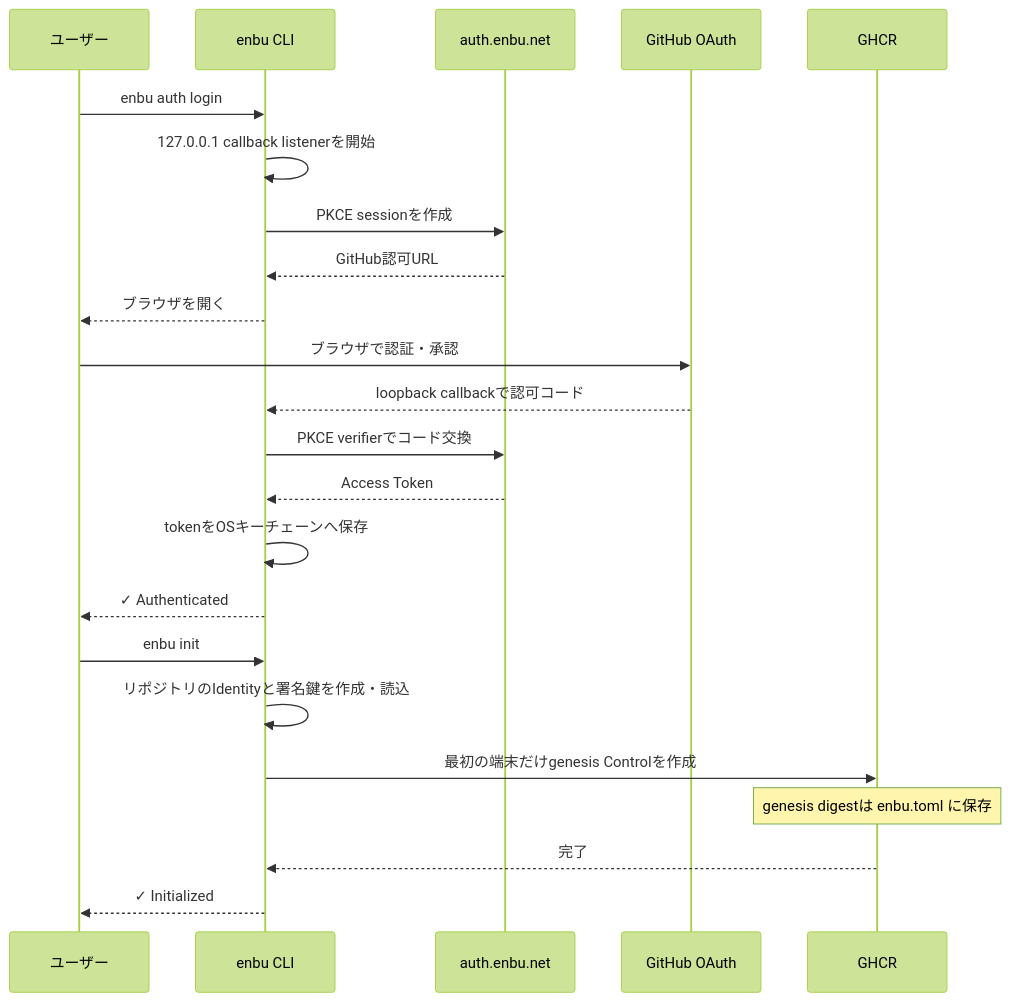
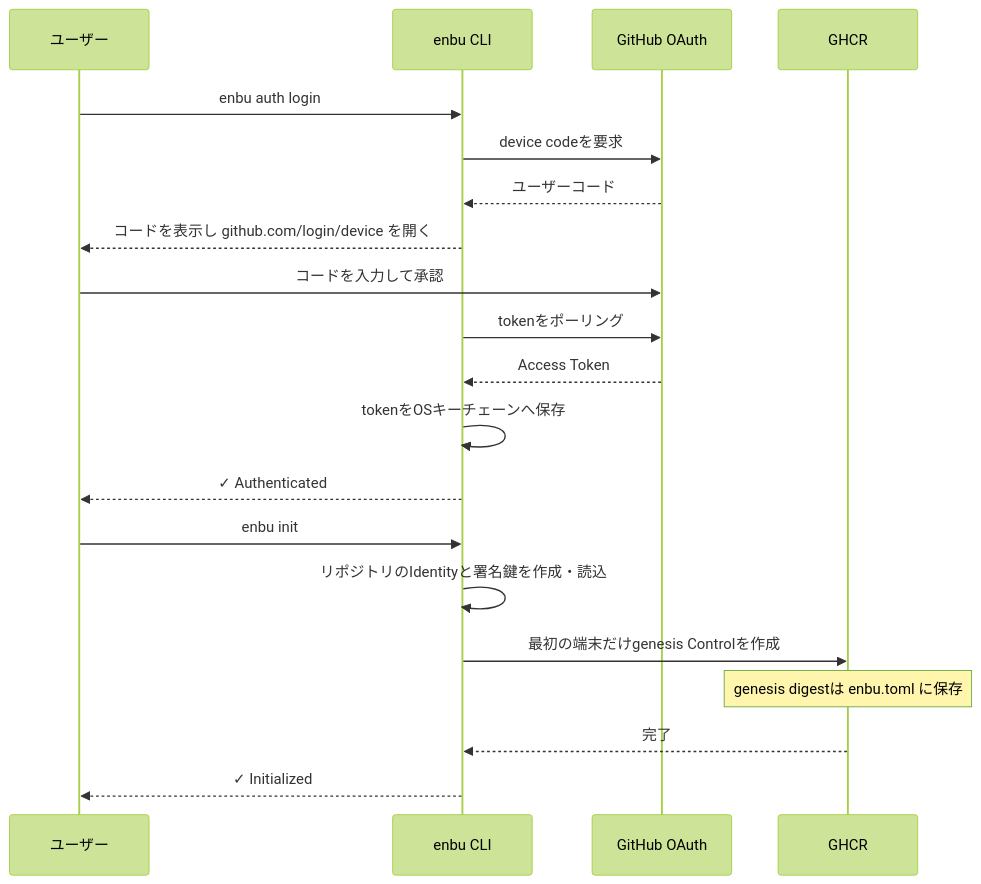
One commit to enbu-net/enbu changed the first of 3 diagrams in README.ja.md. Above: the diagram before and after it, drawn with Mermaid (forest theme). The commit also changed other lines of this file and 65 other files, not shown here.

First line of the commit message:
refactor: split large files, finish atomic writes, sign in with Device Flow only (#687)

````diff
--- a/README.ja.md
+++ b/README.ja.md
@@ -366,27 +368,24 @@
 ```mermaid
 sequenceDiagram
     participant User as ユーザー
     participant CLI as enbu CLI
-    participant Auth as auth.enbu.net
     participant GitHub as GitHub OAuth
     participant GHCR as GHCR
 
     User->>CLI: enbu auth login
-    CLI->>CLI: 127.0.0.1 callback listenerを開始
-    CLI->>Auth: PKCE sessionを作成
-    Auth-->>CLI: GitHub認可URL
-    CLI-->>User: ブラウザを開く
-    User->>GitHub: ブラウザで認証・承認
-    GitHub-->>CLI: loopback callbackで認可コード
-    CLI->>Auth: PKCE verifierでコード交換
-    Auth-->>CLI: Access Token
+    CLI->>GitHub: device codeを要求
+    GitHub-->>CLI: ユーザーコード
+    CLI-->>User: コードを表示し github.com/login/device を開く
+    User->>GitHub: コードを入力して承認
+    CLI->>GitHub: tokenをポーリング
+    GitHub-->>CLI: Access Token
     CLI->>CLI: tokenをOSキーチェーンへ保存
     CLI-->>User: ✓ Authenticated
 
     User->>CLI: enbu init
     CLI->>CLI: リポジトリのIdentityと署名鍵を作成・読込
     CLI->>GHCR: 最初の端末だけgenesis Controlを作成
     Note over GHCR: genesis digestは enbu.toml に保存
     GHCR-->>CLI: 完了
     CLI-->>User: ✓ Initialized
 ```
````
